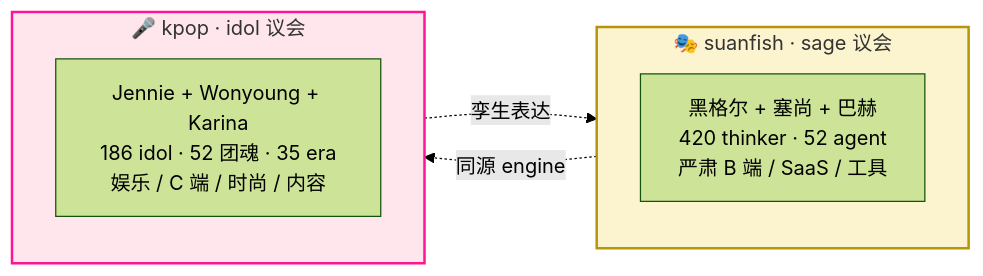
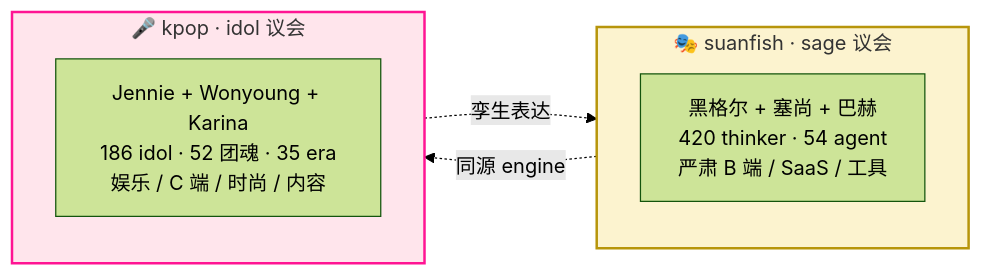
One commit to SuanFishXYY/suanfish-design-system changed the sixth of 6 diagrams in README.md. Above: the diagram before and after it, drawn with Mermaid (forest theme). The commit also changed other lines of this file and 120 other files, not shown here.

````diff
--- a/README.md
+++ b/README.md
@@ -512,16 +512,16 @@
 ```mermaid
 graph LR
     subgraph SAGE["🎭 suanfish · sage 议会"]
-        S["黑格尔 + 塞尚 + 巴赫<br/>420 thinker · 52 agent<br/>严肃 B 端 / SaaS / 工具"]
+        S["黑格尔 + 塞尚 + 巴赫<br/>420 thinker · 54 agent<br/>严肃 B 端 / SaaS / 工具"]
     end
 
     subgraph KPOP["🎤 kpop · idol 议会"]
         K["Jennie + Wonyoung + Karina<br/>186 idol · 52 团魂 · 35 era<br/>娱乐 / C 端 / 时尚 / 内容"]
     end
 
     SAGE -.同源 engine.-> KPOP
     KPOP -.孪生表达.-> SAGE
 
     style SAGE fill:#FCF3CF,stroke:#B7950B,stroke-width:2px
     style KPOP fill:#FFE5EC,stroke:#FF1493,stroke-width:2px
 ```
````
